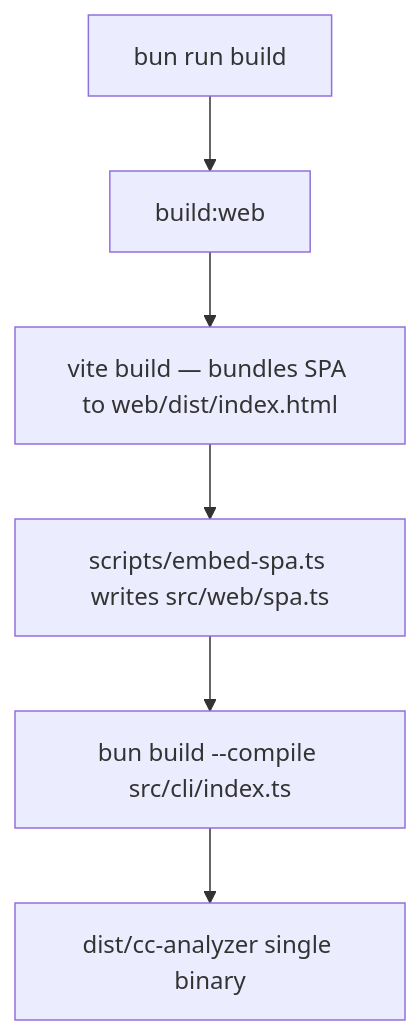
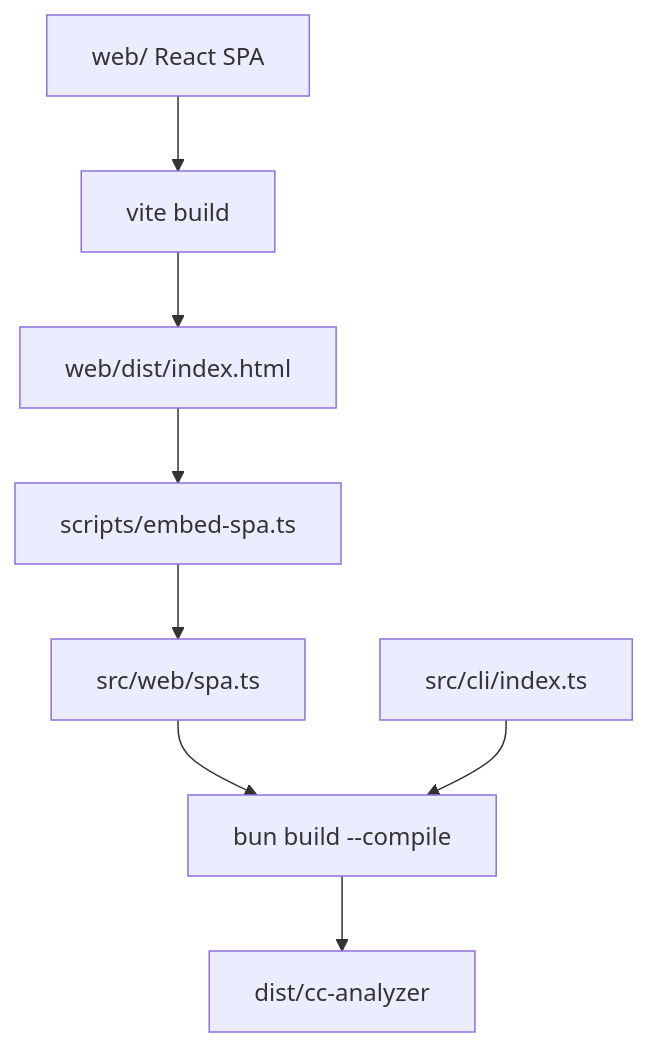
Before and after one commit to yorch/cc-analyzer: the second of 2 diagrams in wiki/1-repository-structure.md, drawn with Mermaid. The commit also changed other lines of this file and 19 other files, not shown here.

````diff
--- a/wiki/1-repository-structure.md
+++ b/wiki/1-repository-structure.md
@@ -101,8 +94,10 @@
 ```mermaid
 flowchart TD
-    Start[bun run build] --> BuildWeb[build:web]
-    BuildWeb --> Vite[vite build — bundles SPA to web/dist/index.html]
-    Vite --> Embed[scripts/embed-spa.ts writes src/web/spa.ts]
-    Embed --> Compile[bun build --compile src/cli/index.ts]
-    Compile --> Binary[dist/cc-analyzer single binary]
+    devweb[web/ React SPA] --> vite[vite build]
+    vite --> disthtml[web/dist/index.html]
+    disthtml --> embedstep[scripts/embed-spa.ts]
+    embedstep --> spats[src/web/spa.ts]
+    spats --> compile[bun build --compile]
+    entry[src/cli/index.ts] --> compile
+    compile --> outbin[dist/cc-analyzer]
 ```
````
